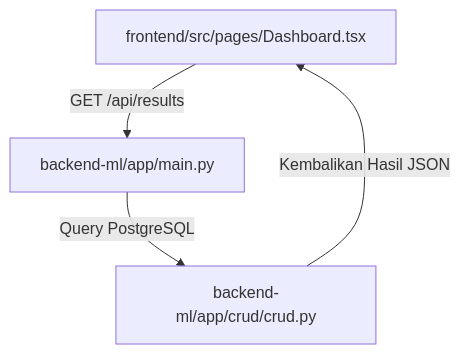
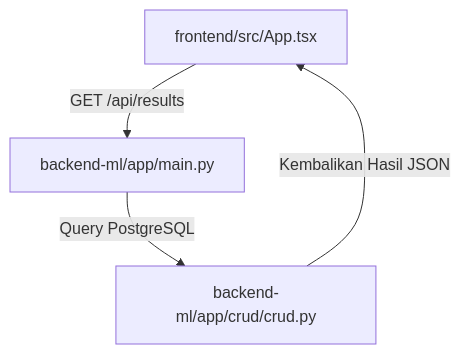
Before and after one commit to DaffMe/NeuroTube: the third of 4 diagrams in ALUR_EKSEKUSI_NEUROTUBE.md, drawn with Mermaid. The commit also changed other lines of this file and 14 other files, not shown here.

````diff
--- a/ALUR_EKSEKUSI_NEUROTUBE.md
+++ b/ALUR_EKSEKUSI_NEUROTUBE.md
@@ -101,6 +125,6 @@
 ```mermaid
 flowchart TD
-    R1[frontend/src/pages/Dashboard.tsx] -->|GET /api/results| R2[backend-ml/app/main.py]
+    R1[frontend/src/App.tsx] -->|GET /api/results| R2[backend-ml/app/main.py]
     R2 -->|Query PostgreSQL| R3[backend-ml/app/crud/crud.py]
     R3 -->|Kembalikan Hasil JSON| R1
 ```
````
